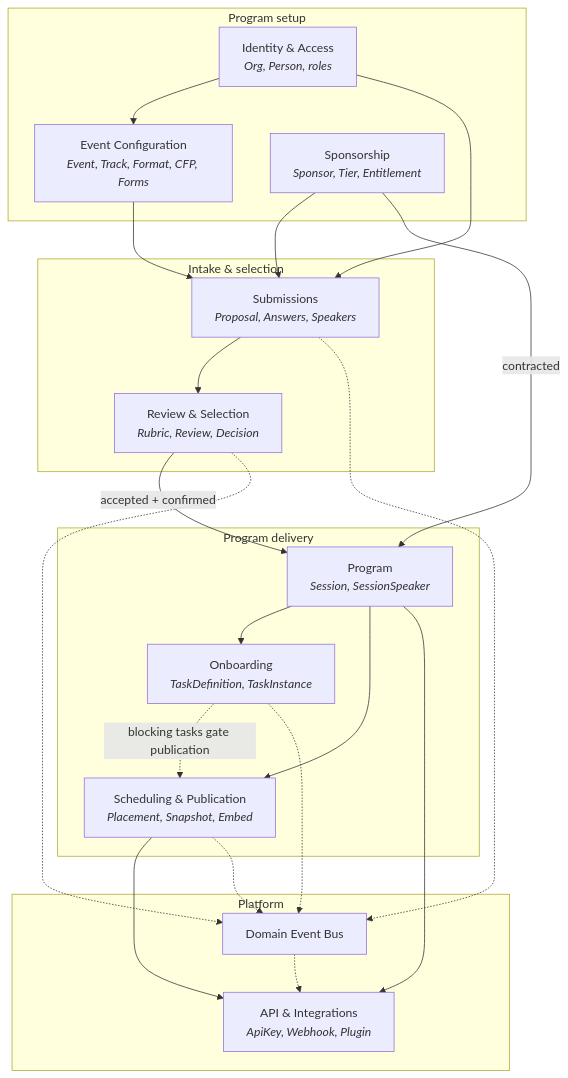
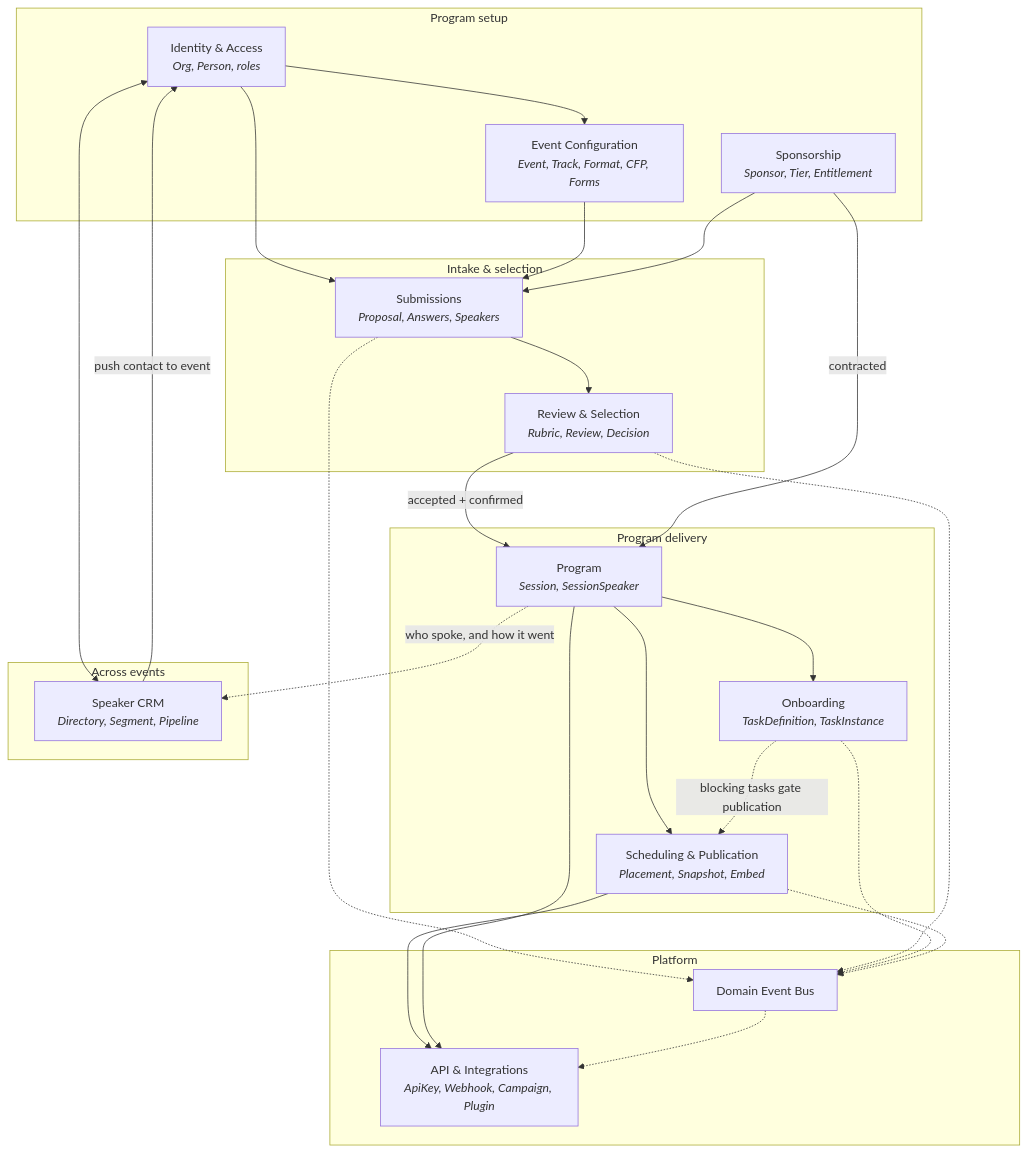
The first of 3 diagrams in docs/domain/00-overview.md (sameersegal/Podium), drawn with Mermaid before and after one commit. The commit also changed other lines of this file and 15 other files, not shown here.

First line of the commit message:
Resolve seven open questions; add speaker CRM and conformance map

````diff
--- a/docs/domain/00-overview.md
+++ b/docs/domain/00-overview.md
@@ -40,42 +41,49 @@
 ```mermaid
 flowchart TB
   subgraph setup["Program setup"]
     IAM["Identity & Access<br/><i>Org, Person, roles</i>"]
     CFG["Event Configuration<br/><i>Event, Track, Format, CFP, Forms</i>"]
     SPON["Sponsorship<br/><i>Sponsor, Tier, Entitlement</i>"]
   end
 
   subgraph intake["Intake & selection"]
     SUB["Submissions<br/><i>Proposal, Answers, Speakers</i>"]
     REV["Review & Selection<br/><i>Rubric, Review, Decision</i>"]
   end
 
   subgraph delivery["Program delivery"]
     PRG["Program<br/><i>Session, SessionSpeaker</i>"]
     ONB["Onboarding<br/><i>TaskDefinition, TaskInstance</i>"]
     SCH["Scheduling & Publication<br/><i>Placement, Snapshot, Embed</i>"]
   end
 
+  subgraph crossevent["Across events"]
+    CRM["Speaker CRM<br/><i>Directory, Segment, Pipeline</i>"]
+  end
+
   subgraph platform["Platform"]
-    API["API & Integrations<br/><i>ApiKey, Webhook, Plugin</i>"]
+    API["API & Integrations<br/><i>ApiKey, Webhook, Campaign, Plugin</i>"]
     EVT["Domain Event Bus"]
   end
 
+  IAM <--> CRM
+  CRM -->|"push contact to event"| IAM
+  PRG -.->|"who spoke, and how it went"| CRM
   IAM --> CFG
   IAM --> SUB
   CFG --> SUB
   SPON --> SUB
   SUB --> REV
   REV -->|"accepted + confirmed"| PRG
   SPON -->|"contracted"| PRG
   PRG --> ONB
   PRG --> SCH
   ONB -.->|"blocking tasks gate publication"| SCH
   SCH --> API
   PRG --> API
   EVT -.-> API
   SUB -.-> EVT
   REV -.-> EVT
   ONB -.-> EVT
   SCH -.-> EVT
 ```
````
